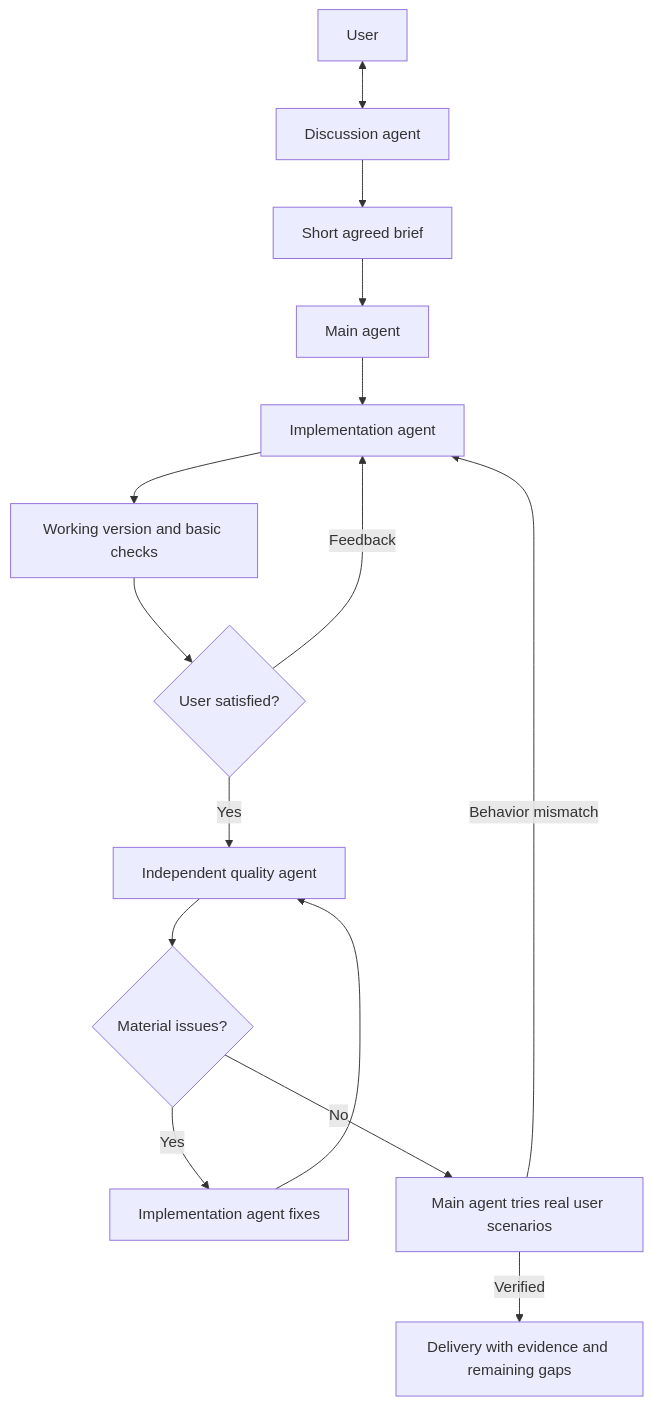
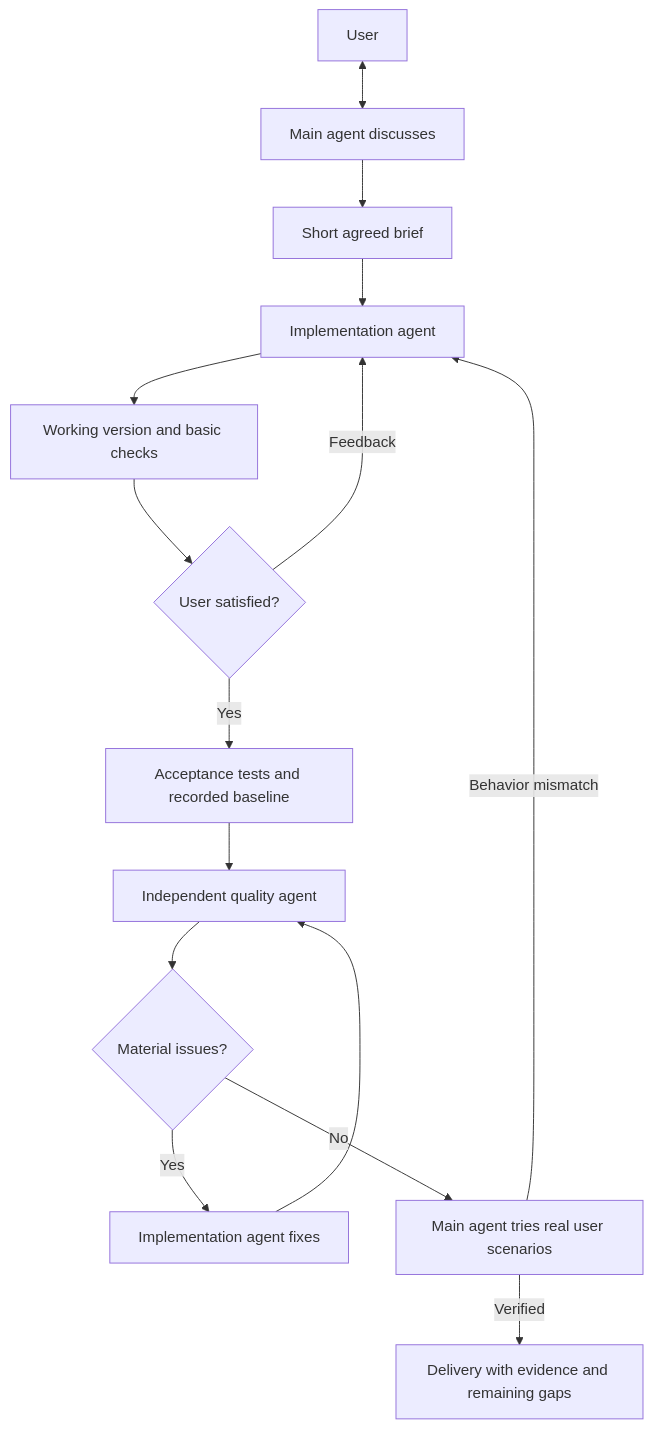
The diagram in README.md (itzLan1126/Workflow), drawn with Mermaid before and after one commit. The commit also changed other lines of this file and 4 other files, not shown here.

First line of the commit message:
feat(workflow): main agent leads discussion and acceptance

````diff
--- a/README.md
+++ b/README.md
@@ -9,17 +9,17 @@
 ```mermaid
 flowchart TD
-    U[User] <--> D[Discussion agent]
-    D --> B[Short agreed brief]
-    B --> M[Main agent]
-    M --> I[Implementation agent]
+    U[User] <--> M[Main agent discusses]
+    M --> B[Short agreed brief]
+    B --> I[Implementation agent]
     I --> F[Working version and basic checks]
     F --> A{User satisfied?}
     A -->|Feedback| I
-    A -->|Yes| Q[Independent quality agent]
+    A -->|Yes| L[Acceptance tests and recorded baseline]
+    L --> Q[Independent quality agent]
     Q --> R{Material issues?}
     R -->|Yes| X[Implementation agent fixes]
     X --> Q
     R -->|No| V[Main agent tries real user scenarios]
     V -->|Behavior mismatch| I
     V -->|Verified| E[Delivery with evidence and remaining gaps]
 ```
````
